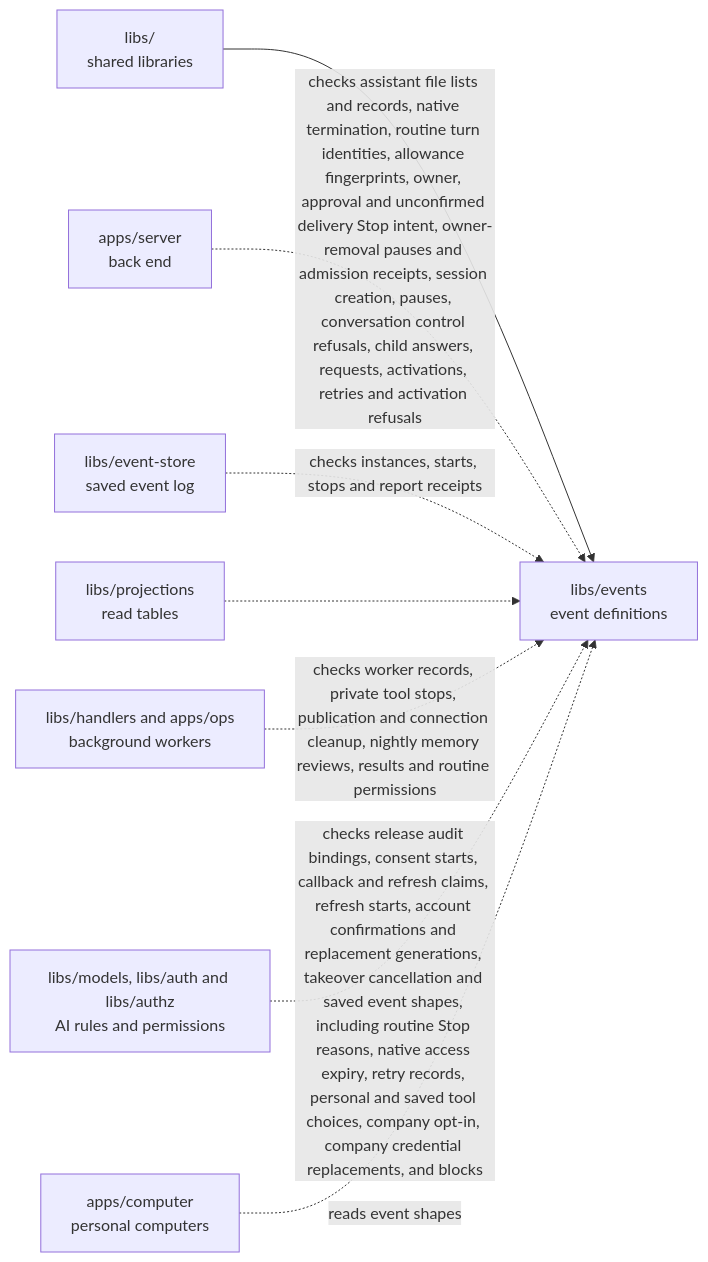
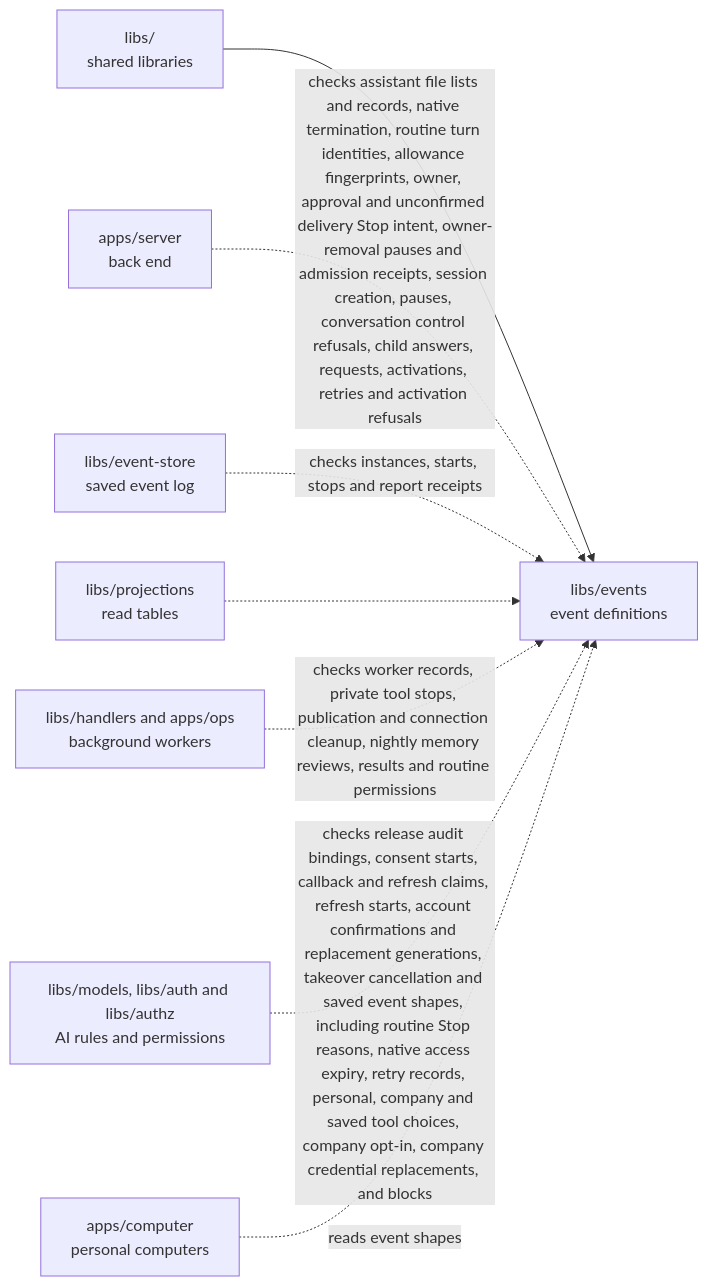
The diagram in libs/events/README.md (elewa-git/opencrane-new), drawn with Mermaid before and after one commit. The commit also changed other lines of this file and 15 other files, not shown here.

Commit message:
🔐 Save explicit requester choices of company profiles

````diff
--- a/libs/events/README.md
+++ b/libs/events/README.md
@@ -48,10 +48,10 @@
 ```mermaid
 flowchart LR
   parent["libs/<br/>shared libraries"] --> events["libs/events<br/>event definitions"]
   server["apps/server<br/>back end"] -.->|checks assistant file lists and records, native termination, routine turn identities, allowance fingerprints, owner, approval and unconfirmed delivery Stop intent, owner-removal pauses and admission receipts, session creation, pauses, conversation control refusals, child answers, requests, activations, retries and activation refusals| events
   store["libs/event-store<br/>saved event log"] -.->|checks instances, starts, stops and report receipts| events
   projections["libs/projections<br/>read tables"] -.-> events
   workers["libs/handlers and apps/ops<br/>background workers"] -.->|checks worker records, private tool stops, publication and connection cleanup, nightly memory reviews, results and routine permissions| events
-  models["libs/models, libs/auth and libs/authz<br/>AI rules and permissions"] -.->|checks release audit bindings, consent starts, callback and refresh claims, refresh starts, account confirmations and replacement generations, takeover cancellation and saved event shapes, including routine Stop reasons, native access expiry, retry records, personal and saved tool choices, company opt-in, company credential replacements, and blocks| events
+  models["libs/models, libs/auth and libs/authz<br/>AI rules and permissions"] -.->|checks release audit bindings, consent starts, callback and refresh claims, refresh starts, account confirmations and replacement generations, takeover cancellation and saved event shapes, including routine Stop reasons, native access expiry, retry records, personal, company and saved tool choices, company opt-in, company credential replacements, and blocks| events
   computer["apps/computer<br/>personal computers"] -.->|reads event shapes| events
 ```
````
